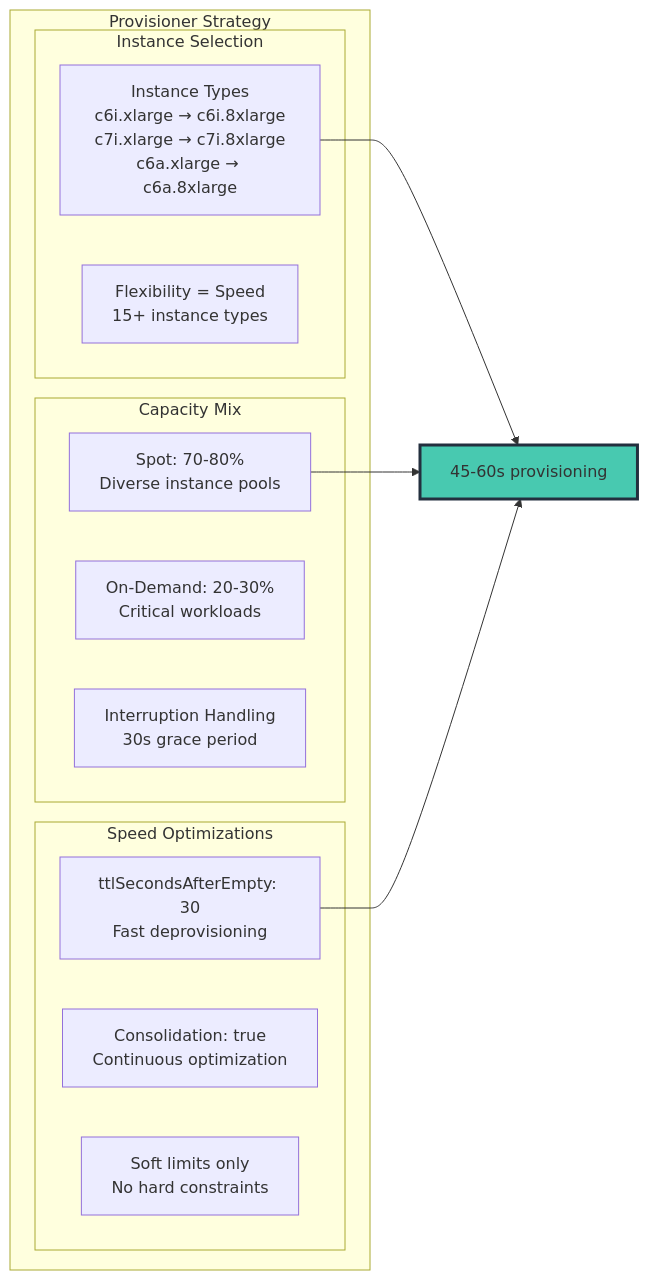
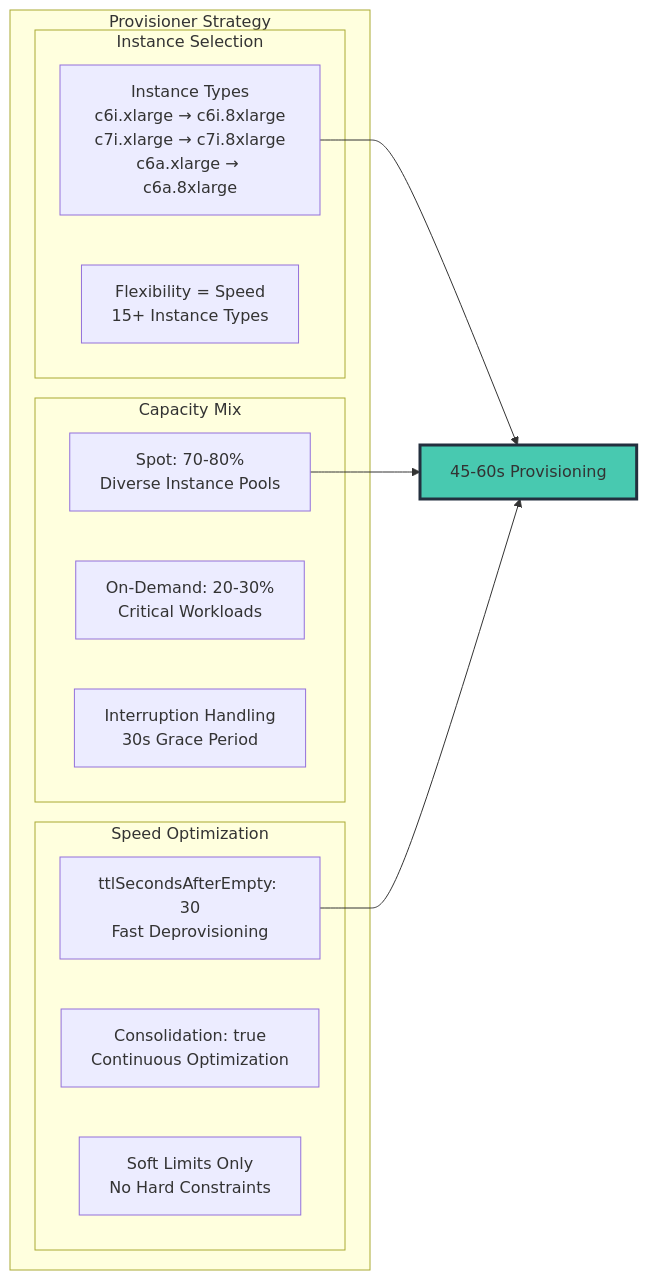
The tenth of 33 diagrams in i18n/en/docusaurus-plugin-content-docs/current/infrastructure-optimization/karpenter-autoscaling.md (devfloor9/engineering-playbook), drawn with Mermaid before and after one commit. The commit also changed other lines of this file and 43 other files, not shown here.

````diff
--- a/i18n/en/docusaurus-plugin-content-docs/current/infrastructure-optimization/karpenter-autoscaling.md
+++ b/i18n/en/docusaurus-plugin-content-docs/current/infrastructure-optimization/karpenter-autoscaling.md
@@ -335,28 +578,28 @@
 ```mermaid
 graph LR
     subgraph "Provisioner Strategy"
         subgraph "Instance Selection"
             IT[Instance Types<br/>c6i.xlarge → c6i.8xlarge<br/>c7i.xlarge → c7i.8xlarge<br/>c6a.xlarge → c6a.8xlarge]
-            FLEX[Flexibility = Speed<br/>15+ instance types]
+            FLEX[Flexibility = Speed<br/>15+ Instance Types]
         end
 
         subgraph "Capacity Mix"
-            SPOT[Spot: 70-80%<br/>Diverse instance pools]
-            OD[On-Demand: 20-30%<br/>Critical workloads]
-            INT[Interruption Handling<br/>30s grace period]
+            SPOT[Spot: 70-80%<br/>Diverse Instance Pools]
+            OD[On-Demand: 20-30%<br/>Critical Workloads]
+            INT[Interruption Handling<br/>30s Grace Period]
         end
 
-        subgraph "Speed Optimizations"
-            TTL[ttlSecondsAfterEmpty: 30<br/>Fast deprovisioning]
-            CONS[Consolidation: true<br/>Continuous optimization]
-            LIMITS[Soft limits only<br/>No hard constraints]
+        subgraph "Speed Optimization"
+            TTL[ttlSecondsAfterEmpty: 30<br/>Fast Deprovisioning]
+            CONS[Consolidation: true<br/>Continuous Optimization]
+            LIMITS[Soft Limits Only<br/>No Hard Constraints]
         end
     end
 
-    IT --> RESULT[45-60s provisioning]
+    IT --> RESULT[45-60s Provisioning]
     SPOT --> RESULT
     TTL --> RESULT
 
     style RESULT fill:#48C9B0,stroke:#232f3e,stroke-width:3px
 
 ```
````
